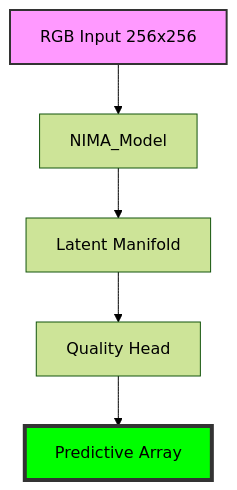
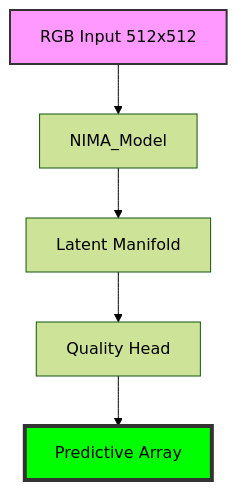
Before and after one commit to lemgenda/lemgendary-pretrained-models: the diagram in nima_authenticity/README.md, drawn with Mermaid (forest theme). The commit also changed other lines of this file and 6 other files, not shown here.

````diff
--- a/nima_authenticity/README.md
+++ b/nima_authenticity/README.md
@@ -17,10 +17,10 @@
 ```mermaid
 graph TD
-    Input[RGB Input 256x256] --> Backbone[NIMA_Model]
+    Input[RGB Input 512x512] --> Backbone[NIMA_Model]
     Backbone --> Manifold[Latent Manifold]
     Manifold --> Head[Quality Head]
     Head --> Output[Predictive Array]
     
     style Input fill:#f9f,stroke:#333,stroke-width:2px
     style Output fill:#00ff00,stroke:#333,stroke-width:4px
 ```
````
